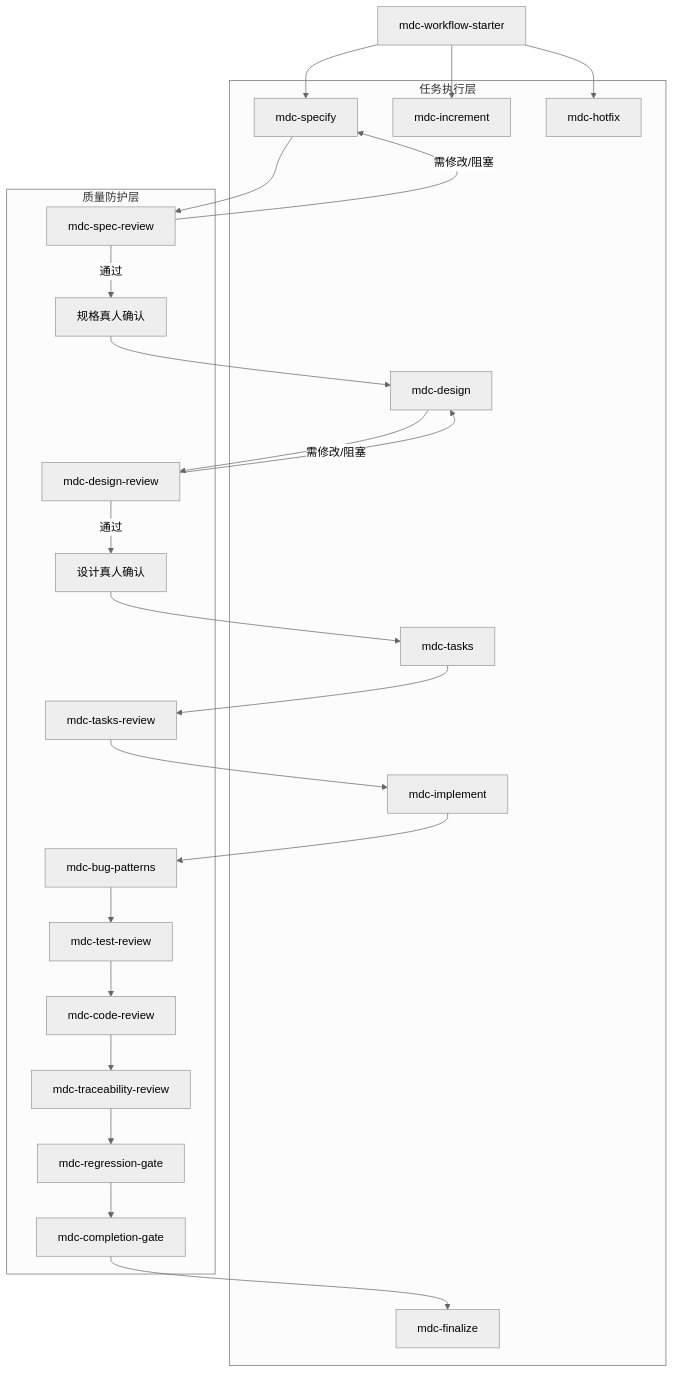
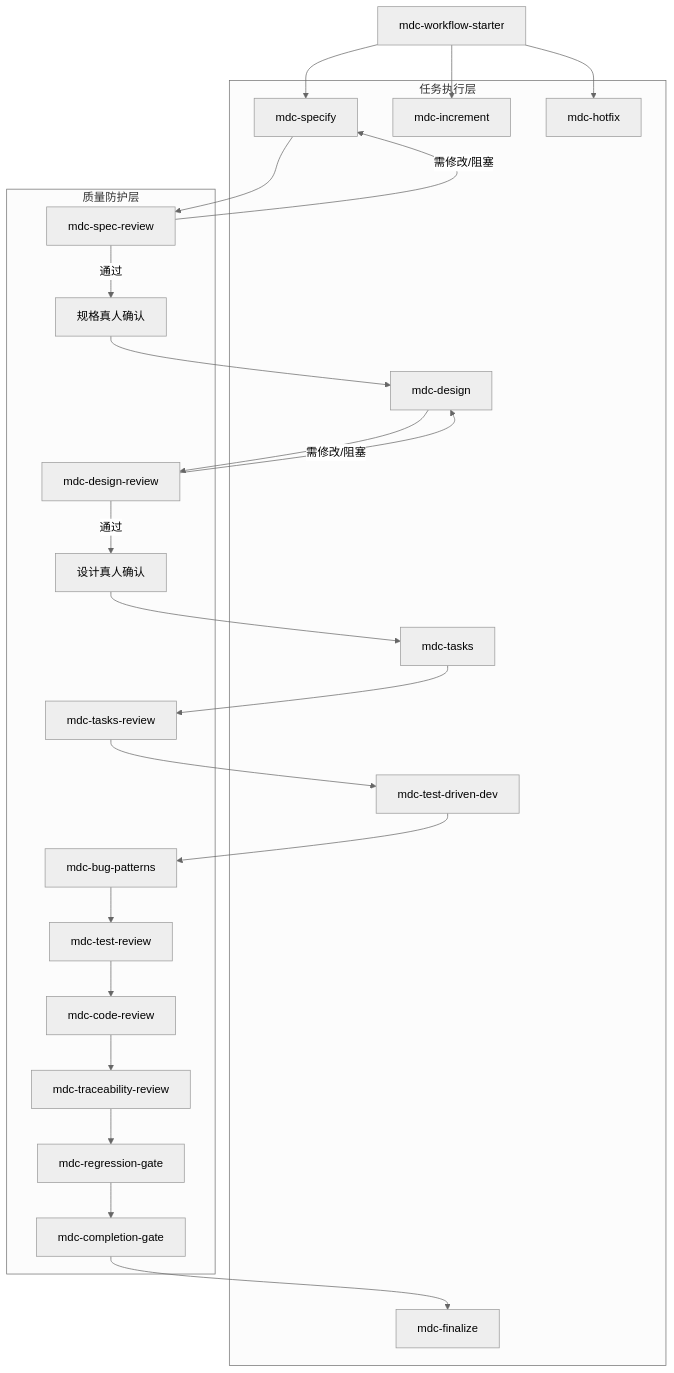
Before and after one commit to hujianbest/awesome-harness: the first of 3 diagrams in mdc-workflow/coding-skills-design.md, drawn with Mermaid (neutral theme). The commit also changed other lines of this file and 16 other files, not shown here.

````diff
--- a/mdc-workflow/coding-skills-design.md
+++ b/mdc-workflow/coding-skills-design.md
@@ -120,50 +120,50 @@
 ```mermaid
 flowchart TD
     starter[mdc-workflow-starter]
 
     subgraph executionLayer [任务执行层]
         workSpecify[mdc-specify]
         workDesign[mdc-design]
         workTasks[mdc-tasks]
-        workImplement[mdc-implement]
+        workImplement[mdc-test-driven-dev]
         workIncrement[mdc-increment]
         workHotfix[mdc-hotfix]
         workFinalize[mdc-finalize]
     end
 
     subgraph qualityLayer [质量防护层]
         specReview[mdc-spec-review]
         specConfirm[规格真人确认]
         designReview[mdc-design-review]
         designConfirm[设计真人确认]
         tasksReview[mdc-tasks-review]
         bugPatterns[mdc-bug-patterns]
         testReview[mdc-test-review]
         codeReview[mdc-code-review]
         traceabilityReview[mdc-traceability-review]
         regressionGate[mdc-regression-gate]
         completionGate[mdc-completion-gate]
     end
 
     starter --> workSpecify
     workSpecify --> specReview
     specReview -->|通过| specConfirm
     specReview -->|需修改/阻塞| workSpecify
     specConfirm --> workDesign
     workDesign --> designReview
     designReview -->|通过| designConfirm
     designReview -->|需修改/阻塞| workDesign
     designConfirm --> workTasks
     workTasks --> tasksReview
     tasksReview --> workImplement
     workImplement --> bugPatterns
     bugPatterns --> testReview
     testReview --> codeReview
     codeReview --> traceabilityReview
     traceabilityReview --> regressionGate
     regressionGate --> completionGate
     completionGate --> workFinalize
 
     starter --> workIncrement
     starter --> workHotfix
 ```
````
